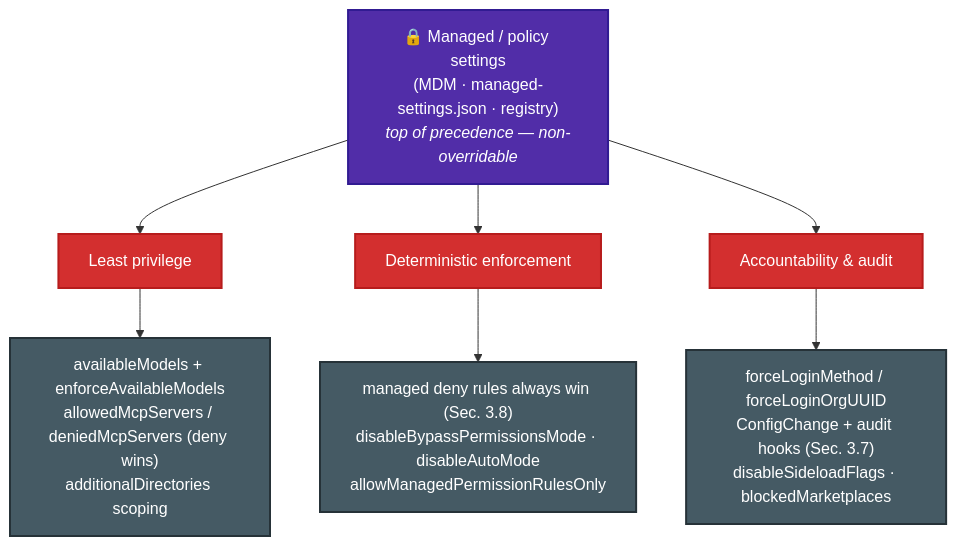
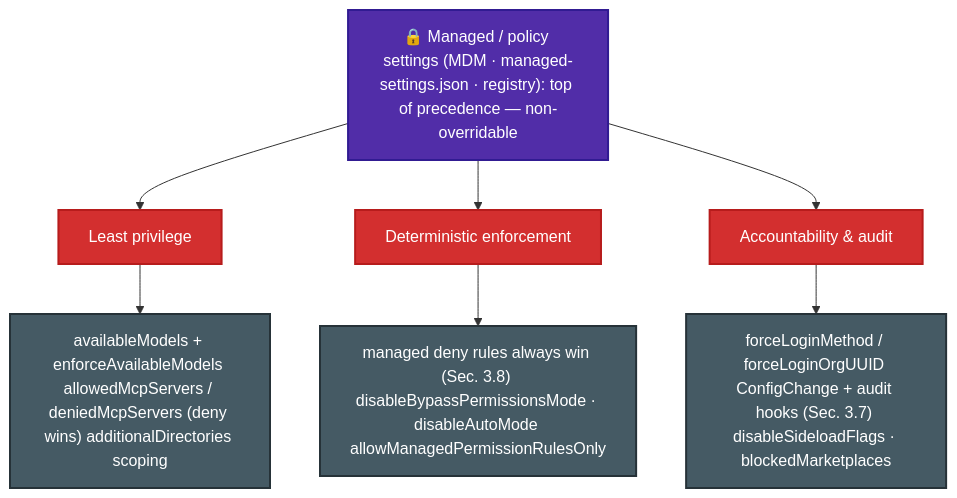
One commit to parmar-m/claude-architect-certification-prep changed the third of 3 diagrams in CCA-P/domains/d5-governance-safety-risk.md. Above: the diagram before and after it, drawn with Mermaid. The commit also changed other lines of this file and 25 other files, not shown here.

````diff
--- a/CCA-P/domains/d5-governance-safety-risk.md
+++ b/CCA-P/domains/d5-governance-safety-risk.md
@@ -79,15 +79,15 @@
 ```mermaid
 flowchart TD
-    ADMIN["🔒 Managed / policy settings<br/>(MDM · managed-settings.json · registry)<br/><i>top of precedence — non-overridable</i>"] --> A["Least privilege"]
+    ADMIN["🔒 Managed / policy settings (MDM · managed-settings.json · registry): top of precedence — non-overridable"] --> A["Least privilege"]
     ADMIN --> B["Deterministic enforcement"]
     ADMIN --> C["Accountability & audit"]
-    A --> A1["availableModels + enforceAvailableModels<br/>allowedMcpServers / deniedMcpServers (deny wins)<br/>additionalDirectories scoping"]
-    B --> B1["managed deny rules always win (Sec. 3.8)<br/>disableBypassPermissionsMode · disableAutoMode<br/>allowManagedPermissionRulesOnly"]
-    C --> C1["forceLoginMethod / forceLoginOrgUUID<br/>ConfigChange + audit hooks (Sec. 3.7)<br/>disableSideloadFlags · blockedMarketplaces"]
+    A --> A1["availableModels + enforceAvailableModels allowedMcpServers / deniedMcpServers (deny wins) additionalDirectories scoping"]
+    B --> B1["managed deny rules always win (Sec. 3.8) disableBypassPermissionsMode · disableAutoMode allowManagedPermissionRulesOnly"]
+    C --> C1["forceLoginMethod / forceLoginOrgUUID ConfigChange + audit hooks (Sec. 3.7) disableSideloadFlags · blockedMarketplaces"]
     classDef top fill:#512DA8,color:#fff,stroke:#311B92,stroke-width:2px
     classDef layer fill:#D32F2F,color:#fff,stroke:#B71C1C,stroke-width:2px
     classDef ctrl fill:#455A64,color:#fff,stroke:#263238,stroke-width:2px
     class ADMIN top
     class A,B,C layer
     class A1,B1,C1 ctrl
 ```
````
